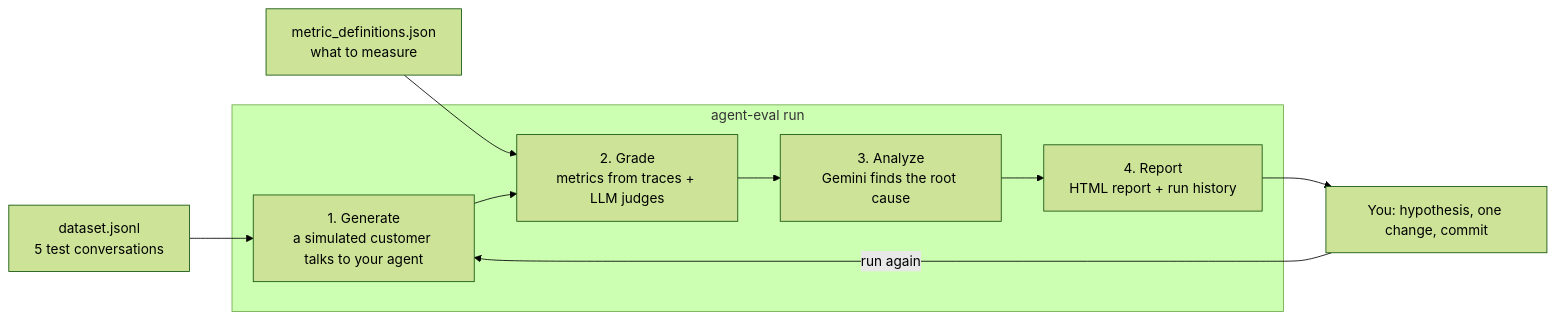
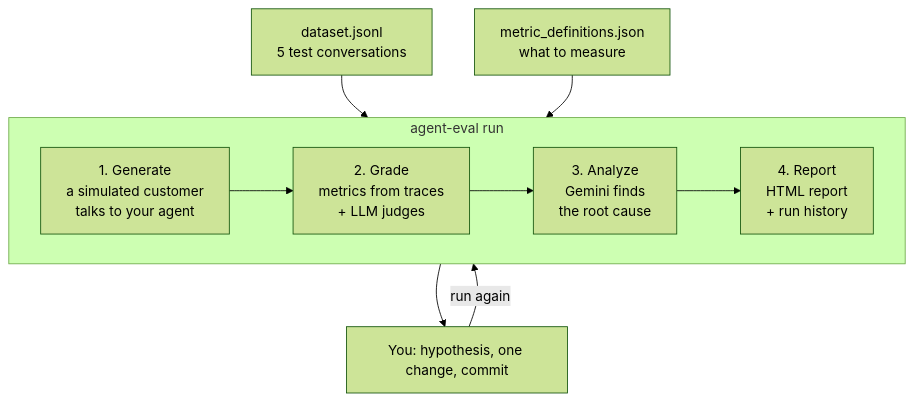
Before and after one commit to danielazamorah/professional-services: the diagram in tools/agent-eval/examples/workshop/README.md, drawn with Mermaid (forest theme). The commit also changed 1 other file, not shown here.

Commit message:
docs(agent-eval workshop): compact pipeline diagram

````diff
--- a/tools/agent-eval/examples/workshop/README.md
+++ b/tools/agent-eval/examples/workshop/README.md
@@ -49,12 +49,13 @@
 ```mermaid
-flowchart LR
+flowchart TB
     D["dataset.jsonl<br/>5 test conversations"] --> G
     M["metric_definitions.json<br/>what to measure"] --> GR
     subgraph RUN["agent-eval run"]
-        G["1. Generate<br/>a simulated customer talks to your agent"] --> GR["2. Grade<br/>metrics from traces + LLM judges"]
-        GR --> A["3. Analyze<br/>Gemini finds the root cause"]
-        A --> R["4. Report<br/>HTML report + run history"]
+        direction LR
+        G["1. Generate<br/>a simulated customer<br/>talks to your agent"] --> GR["2. Grade<br/>metrics from traces<br/>+ LLM judges"]
+        GR --> A["3. Analyze<br/>Gemini finds<br/>the root cause"]
+        A --> R["4. Report<br/>HTML report<br/>+ run history"]
     end
     R --> H["You: hypothesis, one change, commit"]
     H -->|run again| G
 ```
````
